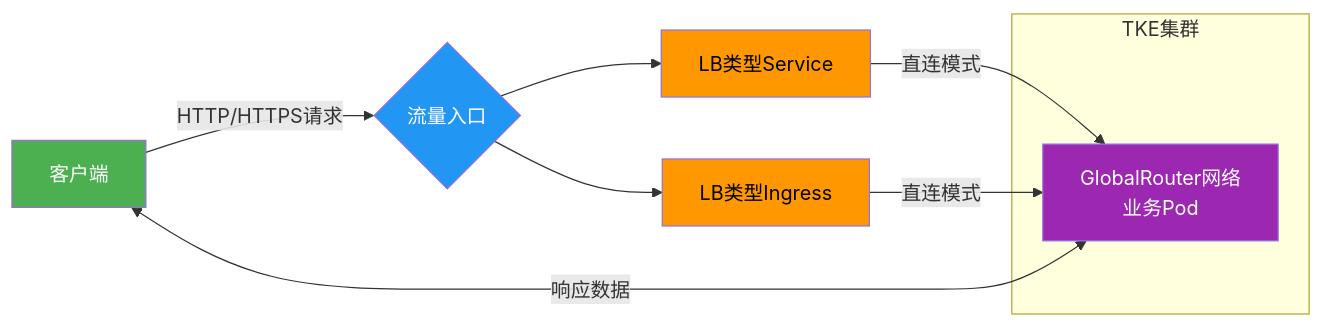
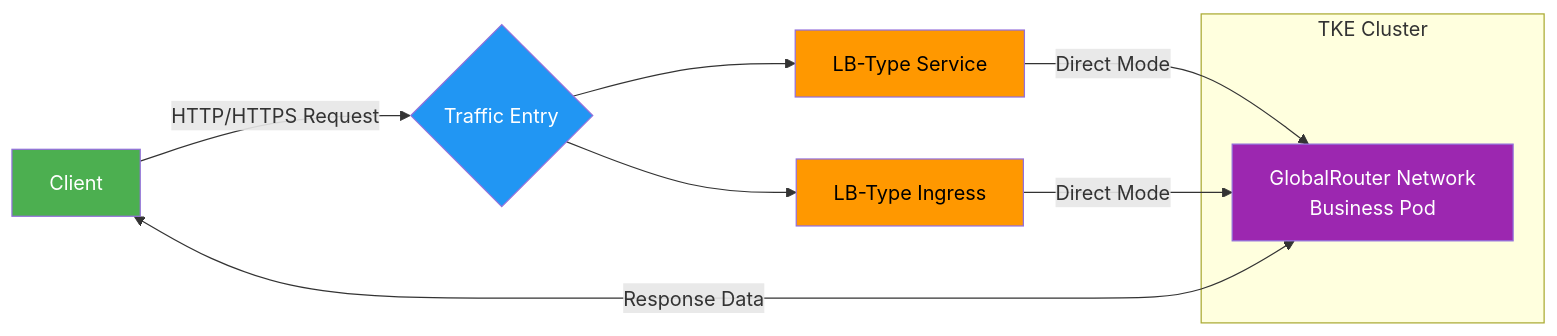
One commit to kestrelli/client-ip changed the diagram in client-ip/client-ip-main/gr-clb-direct-pod/README.md. Above: the diagram before and after it, drawn with Mermaid. The commit also changed other lines of this file, not shown here.

````diff
--- a/client-ip/client-ip-main/gr-clb-direct-pod/README.md
+++ b/client-ip/client-ip-main/gr-clb-direct-pod/README.md
@@ -19,22 +20,17 @@
 ```mermaid
-graph LR
-    
-    A[客户端] -->|HTTP/HTTPS请求| B{流量入口}
-    B --> C[LB类型Service]
-    B --> D[LB类型Ingress]
-    
-    C -->|直连模式| E[业务Pod]
-    D -->|直连模式| E
-    
-    subgraph TKE集群
-        E[GlobalRouter网络<br>业务Pod]
+graph LR    
+    A[Client] -->|HTTP/HTTPS Request| B{Traffic Entry}
+    B --> C[LB-Type Service]
+    B --> D[LB-Type Ingress]
+    C -->|Direct Mode| E[Business Pod]
+    D -->|Direct Mode| E
+    subgraph TKE Cluster
+        E[GlobalRouter Network<br>Business Pod]
     end
-    
-     A <--> |响应数据| E
-    
+    A <--> |Response Data| E
     style A fill:#4CAF50,color:white
     style B fill:#2196F3,color:white
     style C fill:#FF9800,color:black
     style D fill:#FF9800,color:black
     style E fill:#9C27B0,color:white
 ```
````
